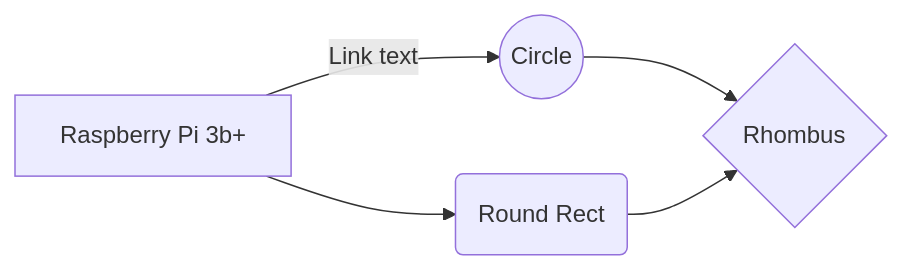
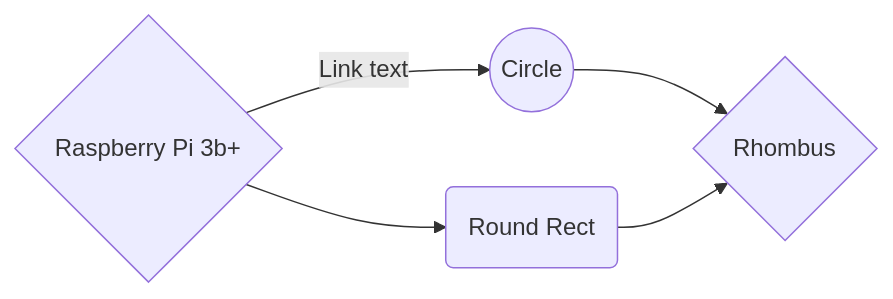
The diagram in station.md.md (we4sel/we4sel.github.io), drawn with Mermaid before and after one commit. The commit also changed other lines of this file, not shown here.

Commit message:
station.md.md updated from https://stackedit.io/

````diff
--- a/station.md.md
+++ b/station.md.md
@@ -7,7 +7,7 @@
 ```mermaid
 graph LR
-A[Raspberry Pi 3b+] -- Link text --> B((Circle))
+A{Raspberry Pi 3b+} -- Link text --> B((Circle))
 A --> C(Round Rect)
 B --> D{Rhombus}
 C --> D
 ```
````
